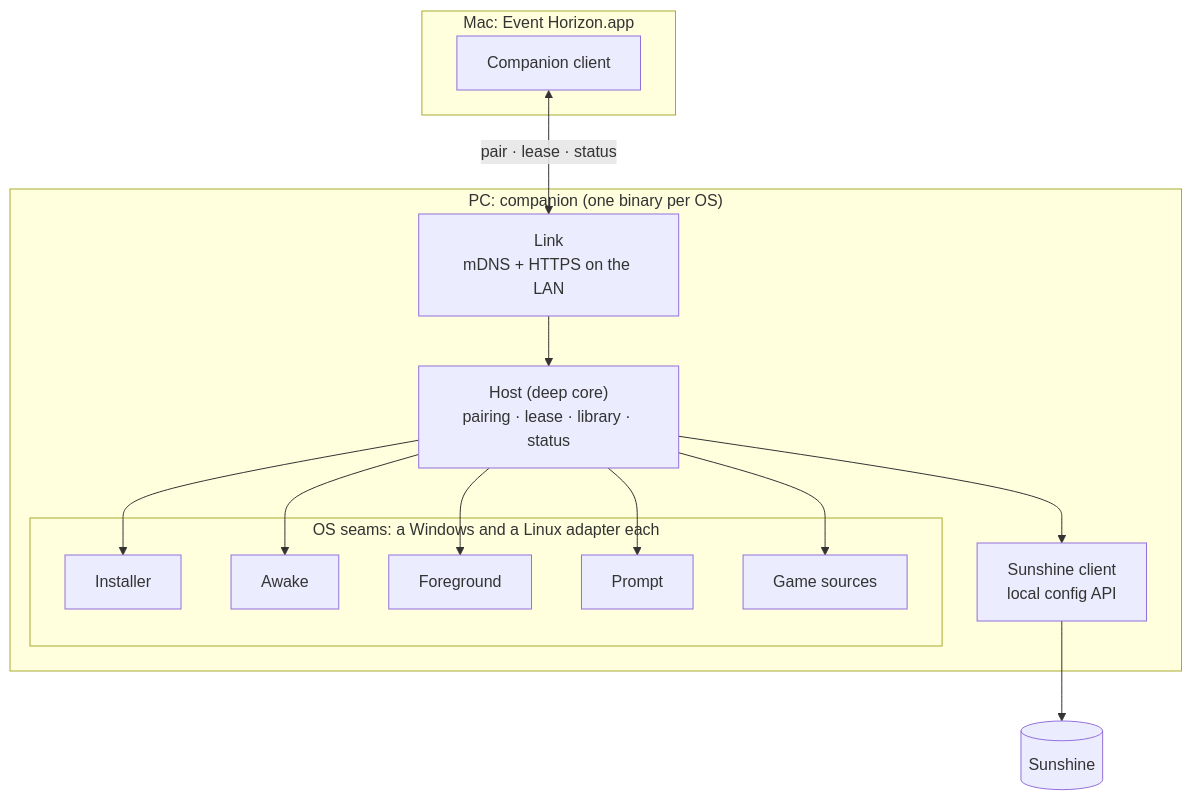
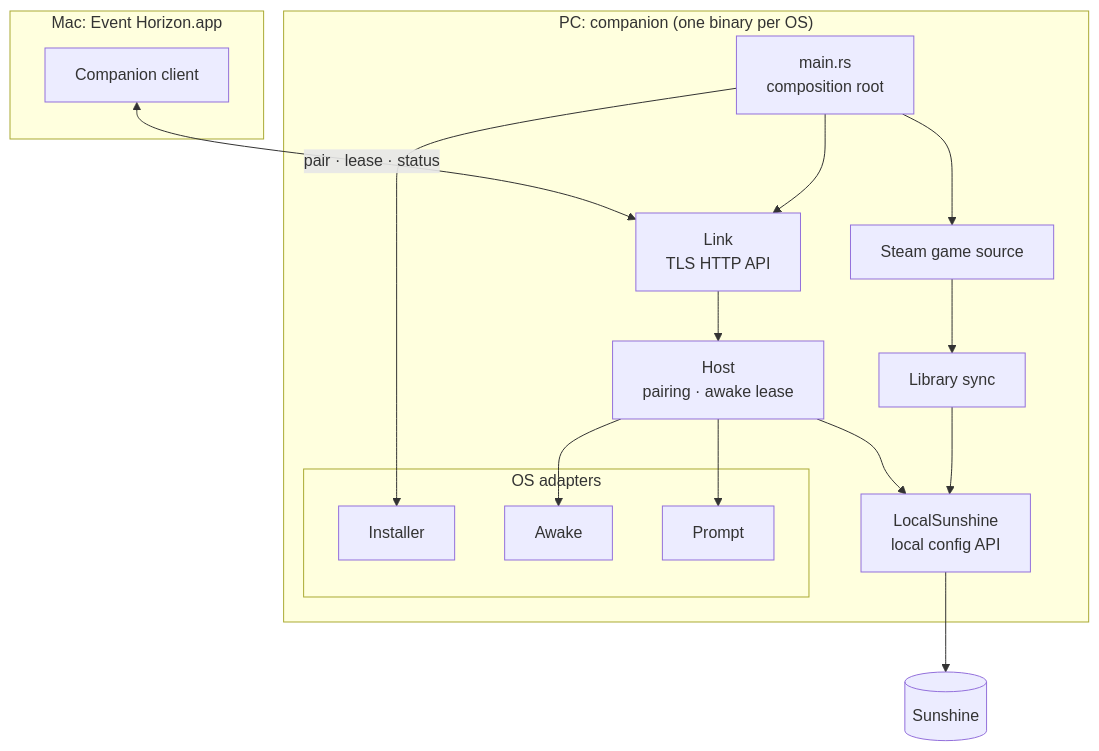
One commit to SolenixAI/event-horizon changed the diagram in docs/companion/DESIGN.md. Above: the diagram before and after it, drawn with Mermaid. The commit also changed other lines of this file and 44 other files, not shown here.

First line of the commit message:
Overhaul project architecture, CI, and release readiness (#100)

````diff
--- a/docs/companion/DESIGN.md
+++ b/docs/companion/DESIGN.md
@@ -38,23 +30,26 @@
 ```mermaid
 flowchart TB
   subgraph Mac["Mac: Event Horizon.app"]
     M[Companion client]
   end
   subgraph PC["PC: companion (one binary per OS)"]
-    L["Link<br/>mDNS + HTTPS on the LAN"]
-    H["Host (deep core)<br/>pairing · lease · library · status"]
-    S["Sunshine client<br/>local config API"]
-    subgraph Seams["OS seams: a Windows and a Linux adapter each"]
+    MAIN["main.rs<br/>composition root"]
+    L["Link<br/>TLS HTTP API"]
+    H["Host<br/>pairing · awake lease"]
+    S["LocalSunshine<br/>local config API"]
+    LIB["Library sync"]
+    G["Steam game source"]
+    subgraph Seams["OS adapters"]
       I[Installer]
       A[Awake]
-      F[Foreground]
       P[Prompt]
-      G[Game sources]
     end
   end
   SUN[(Sunshine)]
   M <-->|"pair · lease · status"| L
   L --> H
-  H --> S --> SUN
-  H --> I & A & F & P & G
+  H --> A & P & S
+  MAIN --> I & L & G
+  G --> LIB --> S
+  S --> SUN
 ```
````
